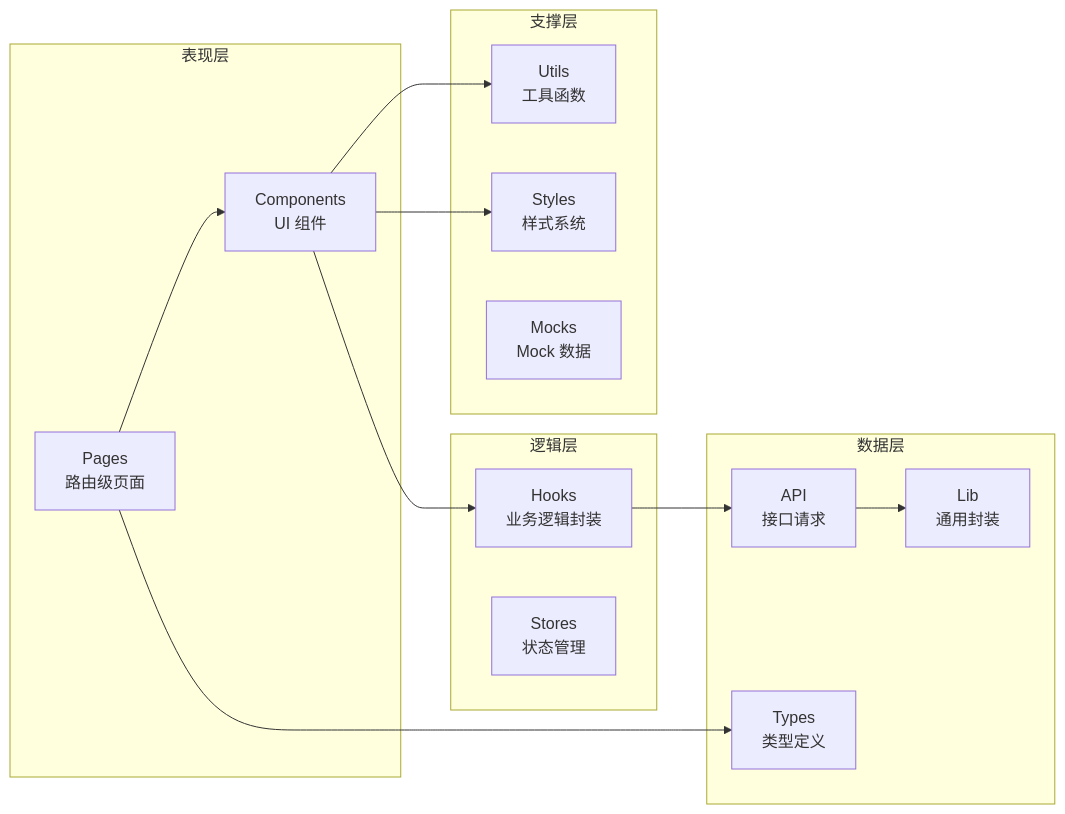
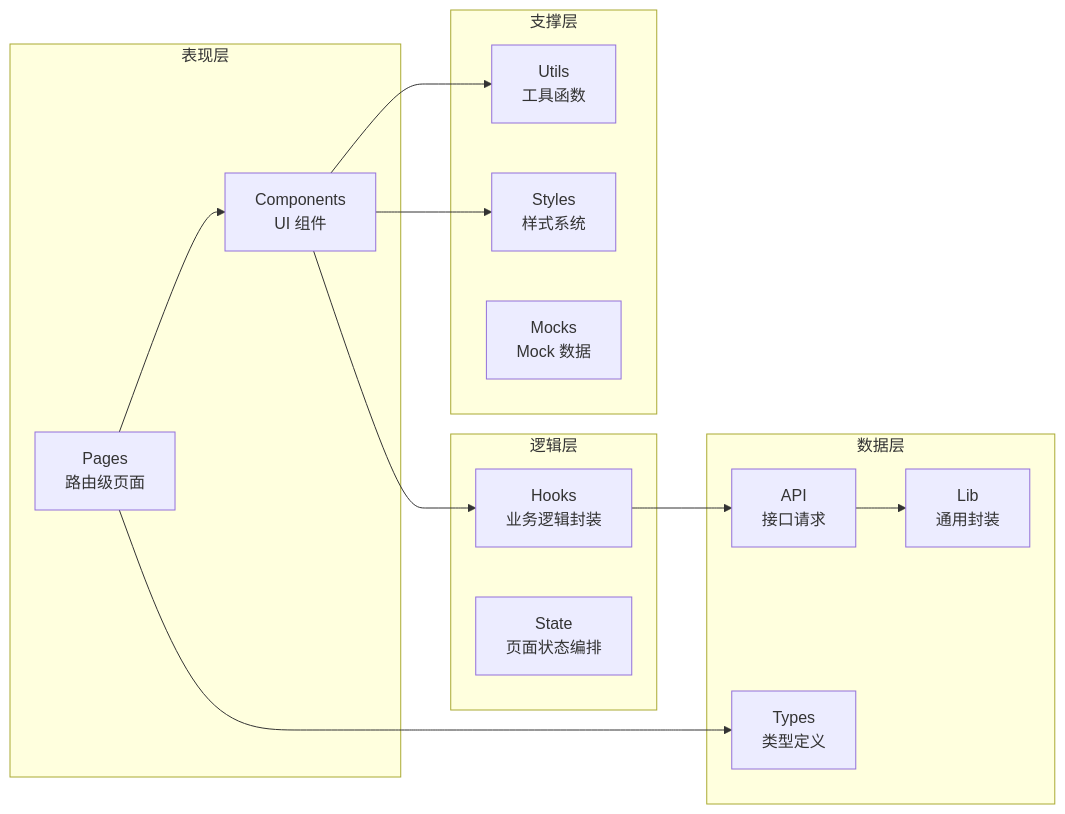
One commit to ZIQI-a/trail-map changed the second of 5 diagrams in docs/wiki/02-架构总览.md. Above: the diagram before and after it, drawn with Mermaid. The commit also changed other lines of this file and 14 other files, not shown here.

````diff
--- a/docs/wiki/02-架构总览.md
+++ b/docs/wiki/02-架构总览.md
@@ -53,32 +53,32 @@
 ```mermaid
 graph LR
     subgraph Presentation["表现层"]
         Pages["Pages<br/>路由级页面"]
         Components["Components<br/>UI 组件"]
     end
 
     subgraph Logic["逻辑层"]
         Hooks["Hooks<br/>业务逻辑封装"]
-        Stores["Stores<br/>状态管理"]
+        Stores["State<br/>页面状态编排"]
     end
 
     subgraph Data["数据层"]
         API["API<br/>接口请求"]
         Lib["Lib<br/>通用封装"]
         Types["Types<br/>类型定义"]
     end
 
     subgraph Support["支撑层"]
         Utils["Utils<br/>工具函数"]
         Styles["Styles<br/>样式系统"]
         Mocks["Mocks<br/>Mock 数据"]
     end
 
     Pages --> Components
     Components --> Hooks
     Hooks --> API
     API --> Lib
     Pages --> Types
     Components --> Utils
     Components --> Styles
 ```
````
